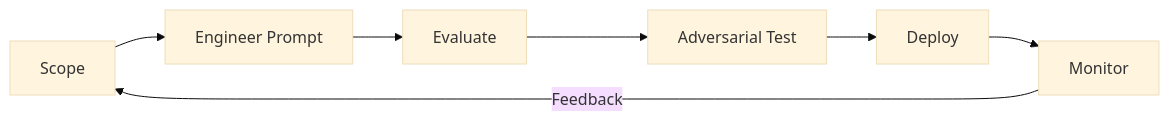
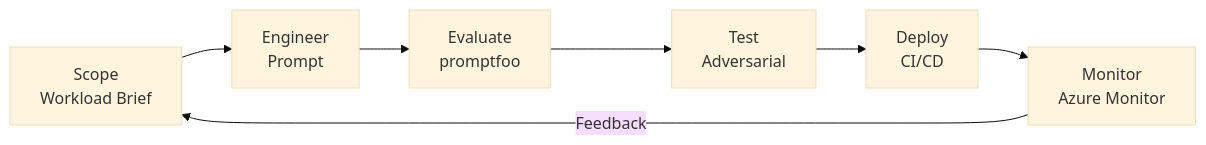
One commit to Odovey-Consulting/odovey-blog changed the first of 2 diagrams in posts/2026-02-09-genai-workload-development-from-scoping-to-production.md. Above: the diagram before and after it, drawn with Mermaid (base theme). The commit also changed other lines of this file and 3 other files, not shown here.

````diff
--- a/posts/2026-02-09-genai-workload-development-from-scoping-to-production.md
+++ b/posts/2026-02-09-genai-workload-development-from-scoping-to-production.md
@@ -18,9 +21,9 @@
 ```mermaid
 flowchart LR
-    S[Scope] --> P[Engineer Prompt]
-    P --> E[Evaluate]
-    E --> T[Adversarial Test]
-    T --> D[Deploy]
-    D --> M[Monitor]
+    S[Scope<br/>Workload Brief] --> P[Engineer<br/>Prompt]
+    P --> E[Evaluate<br/>promptfoo]
+    E --> T[Test<br/>Adversarial]
+    T --> D[Deploy<br/>CI/CD]
+    D --> M[Monitor<br/>Azure Monitor]
     M -->|Feedback| S
 ```
````
